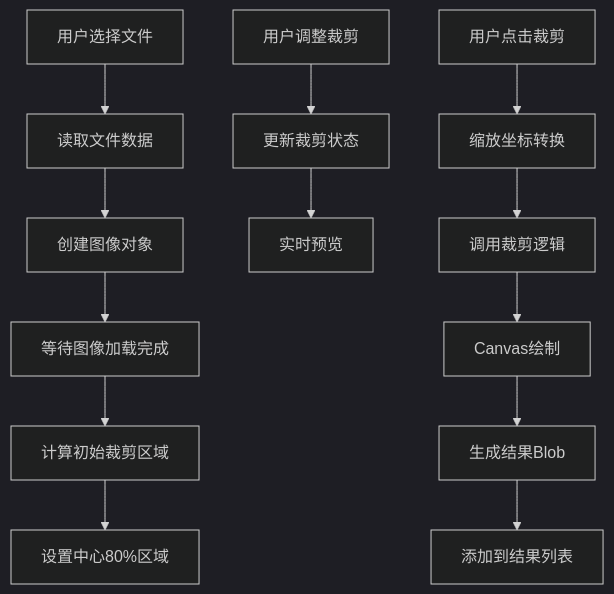
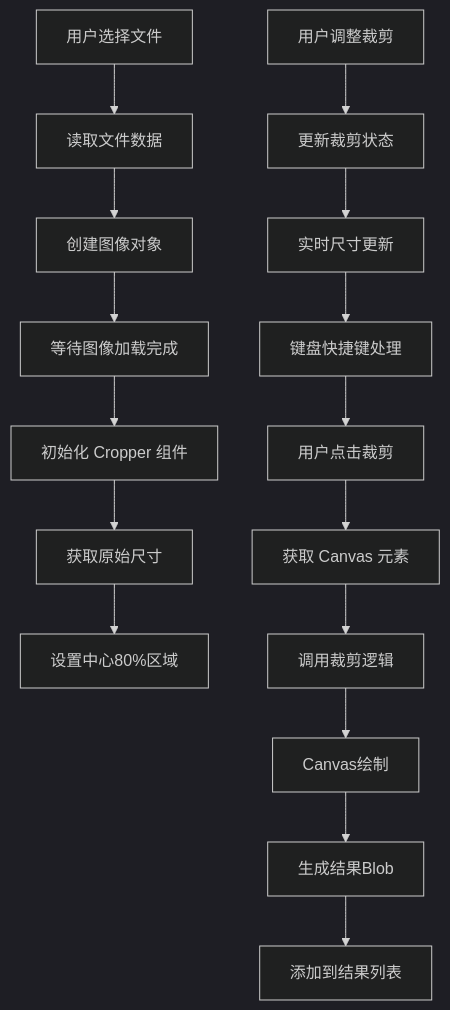
Before and after one commit to sgyy/privadeck: the fifth of 12 diagrams in .qoder/repowiki/zh/content/图像工具/图像裁剪.md, drawn with Mermaid (dark theme). The commit also changed other lines of this file and 3 other files, not shown here.

First line of the commit message:
feat(image-crop): 升级图像裁剪工具集成 react-advanced-cropper

````diff
--- a/.qoder/repowiki/zh/content/图像工具/图像裁剪.md
+++ b/.qoder/repowiki/zh/content/图像工具/图像裁剪.md
@@ -206,15 +243,18 @@
 ```mermaid
 flowchart TD
 A[用户选择文件] --> B[读取文件数据]
 B --> C[创建图像对象]
 C --> D[等待图像加载完成]
-D --> E[计算初始裁剪区域]
-E --> F[设置中心80%区域]
-G[用户调整裁剪] --> H[更新裁剪状态]
-H --> I[实时预览]
-J[用户点击裁剪] --> K[缩放坐标转换]
-K --> L[调用裁剪逻辑]
-L --> M[Canvas绘制]
-M --> N[生成结果Blob]
-N --> O[添加到结果列表]
+D --> E[初始化 Cropper 组件]
+E --> F[获取原始尺寸]
+F --> G[设置中心80%区域]
+H[用户调整裁剪] --> I[更新裁剪状态]
+I --> J[实时尺寸更新]
+J --> K[键盘快捷键处理]
+K --> L[用户点击裁剪]
+L --> M[获取 Canvas 元素]
+M --> N[调用裁剪逻辑]
+N --> O[Canvas绘制]
+O --> P[生成结果Blob]
+P --> Q[添加到结果列表]
 ```
````
